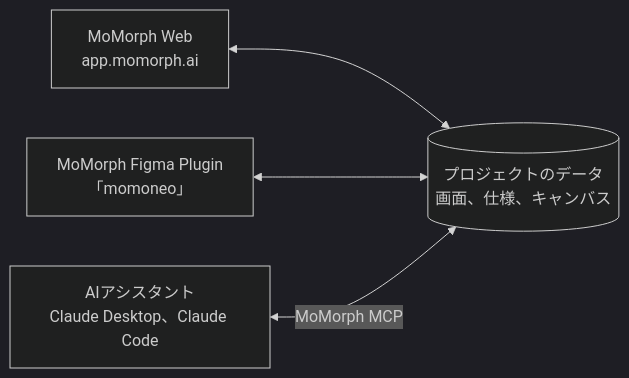
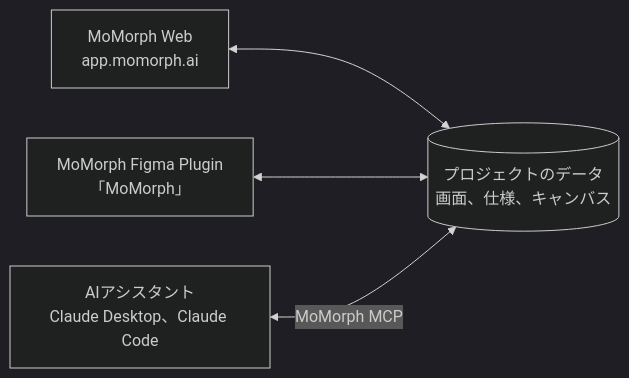
One commit to framgia/momorph-support changed the first of 6 diagrams in docs/v2-user-guide.ja.md. Above: the diagram before and after it, drawn with Mermaid (dark theme). The commit also changed other lines of this file and 21 other files, not shown here.

````diff
--- a/docs/v2-user-guide.ja.md
+++ b/docs/v2-user-guide.ja.md
@@ -5,6 +5,6 @@
 ```mermaid
 flowchart LR
   Web["MoMorph Web<br>app.momorph.ai"] <--> Data[("プロジェクトのデータ<br>画面、仕様、キャンバス")]
-  Plugin["MoMorph Figma Plugin<br>「momoneo」"] <--> Data
+  Plugin["MoMorph Figma Plugin<br>「MoMorph」"] <--> Data
   AI["AIアシスタント<br>Claude Desktop、Claude Code"] <-- "MoMorph MCP" --> Data
 ```
````
